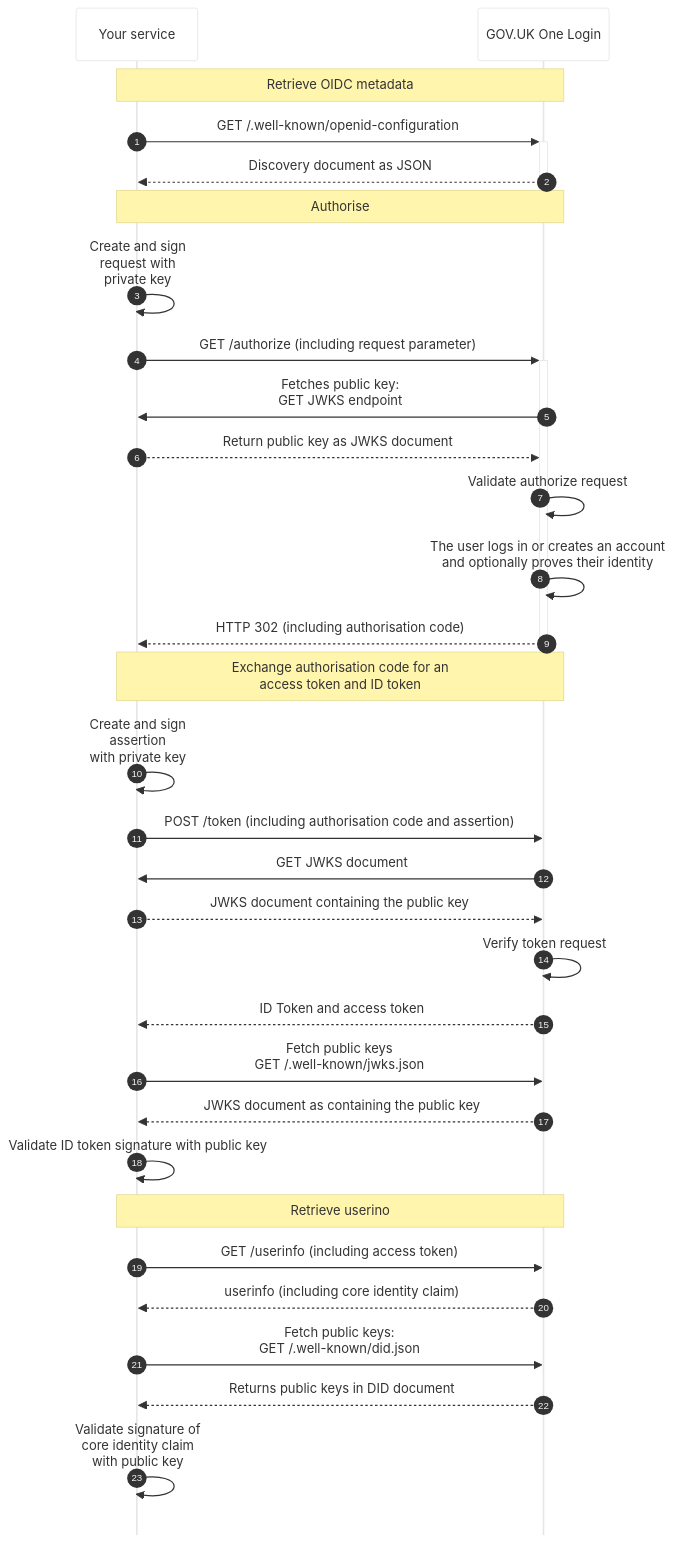
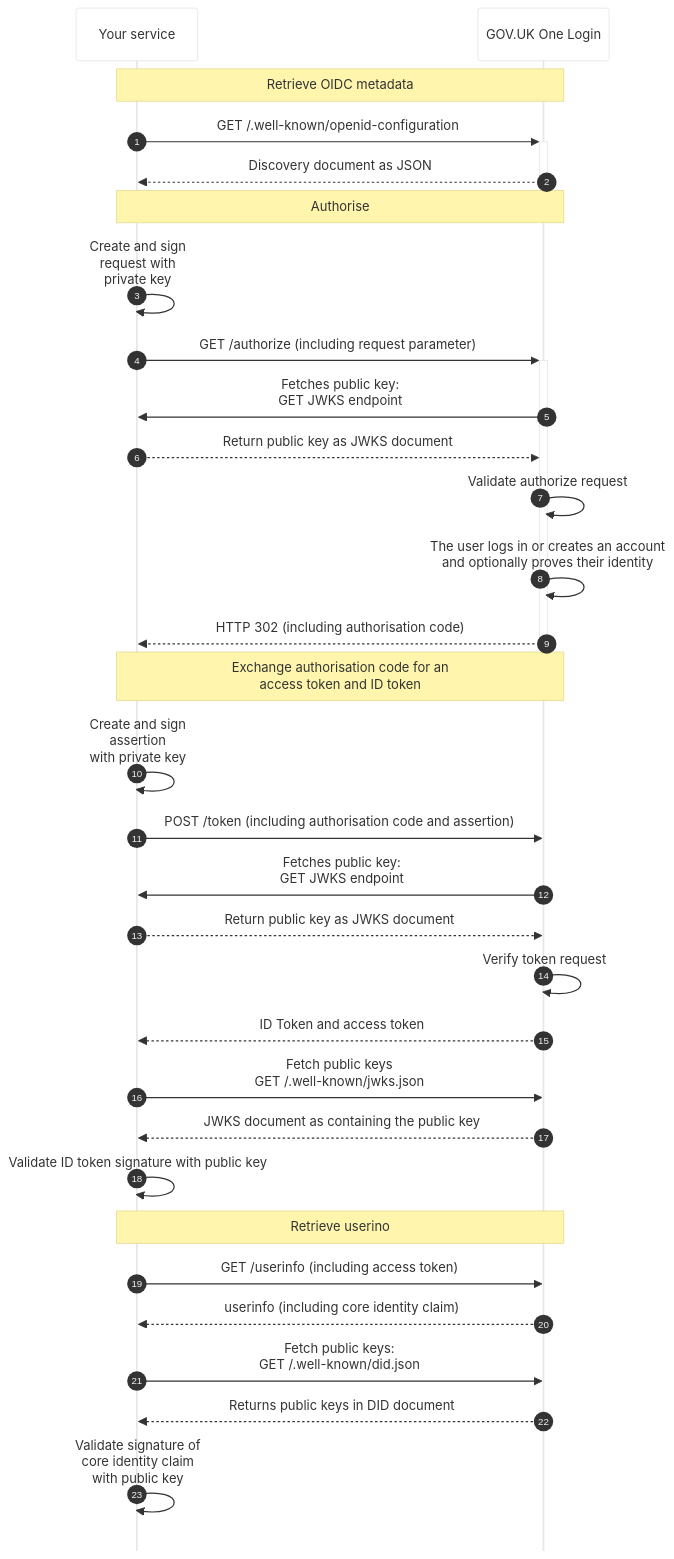
One commit to govuk-one-login/tech-docs changed the diagram in source/images/originals/technical-flow-diagram-extended.mmd. Above: the diagram before and after it, drawn with Mermaid. The commit also changed 1 other file, not shown here.

```diff
--- a/source/images/originals/technical-flow-diagram-extended.mmd
+++ b/source/images/originals/technical-flow-diagram-extended.mmd
@@ -1,39 +1,39 @@
 ---
 config:
   mirrorActors: false
   theme: base
   themeVariables:
     primaryColor: "#FFFFFF"
     fontSize: 24px 
 ---
 ﻿﻿sequenceDiagram
   autonumber
   participant S as Your service
   participant OL as GOV.UK One Login
   Note over S,OL: Retrieve OIDC metadata
   S->>+OL: GET /.well-known/openid-configuration
   OL-->>-S: Discovery document as JSON 
   Note over S,OL: Authorise
   S->>S: Create and sign <br/>request with<br/>private key
   S->>+OL: GET /authorize (including request parameter)
   OL->>S: Fetches public key:<br/>GET JWKS endpoint
   S-->>OL: Return public key as JWKS document
   OL->>OL: Validate authorize request
   OL->>OL: The user logs in or creates an account<br/>and optionally proves their identity
   OL-->>-S: HTTP 302 (including authorisation code)
   Note over S,OL: Exchange authorisation code for an <br/>access token and ID token
   S->>S: Create and sign<br/>assertion <br/>with private key
   S->>OL: POST /token (including authorisation code and assertion)
-  OL->>S: GET JWKS document
-  S-->>OL: JWKS document containing the public key
+  OL->>S: Fetches public key:<br/>GET JWKS endpoint
+  S-->>OL: Return public key as JWKS document
   OL->>OL: Verify token request
   OL-->>S: ID Token and access token
   S->>OL: Fetch public keys<br/>GET /.well-known/jwks.json
   OL-->>S: JWKS document as containing the public key 
   S->>S: Validate ID token signature with public key
   Note over S,OL: Retrieve userino 
   S->>OL: GET /userinfo (including access token)
   OL-->>S: userinfo (including core identity claim)
   S->>OL: Fetch public keys:<br/>GET /.well-known/did.json
   OL-->>S: Returns public keys in DID document
   S->>S: Validate signature of<br/>core identity claim<br/>with public key 
```
